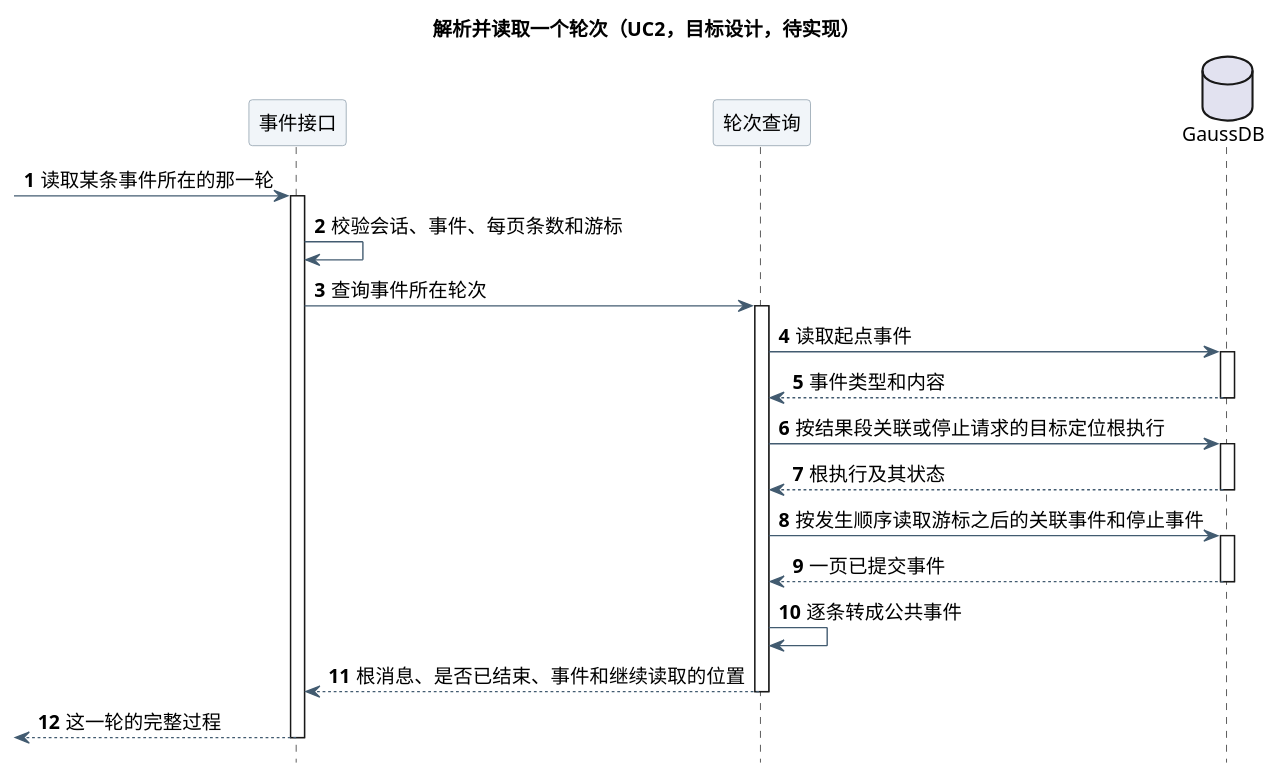
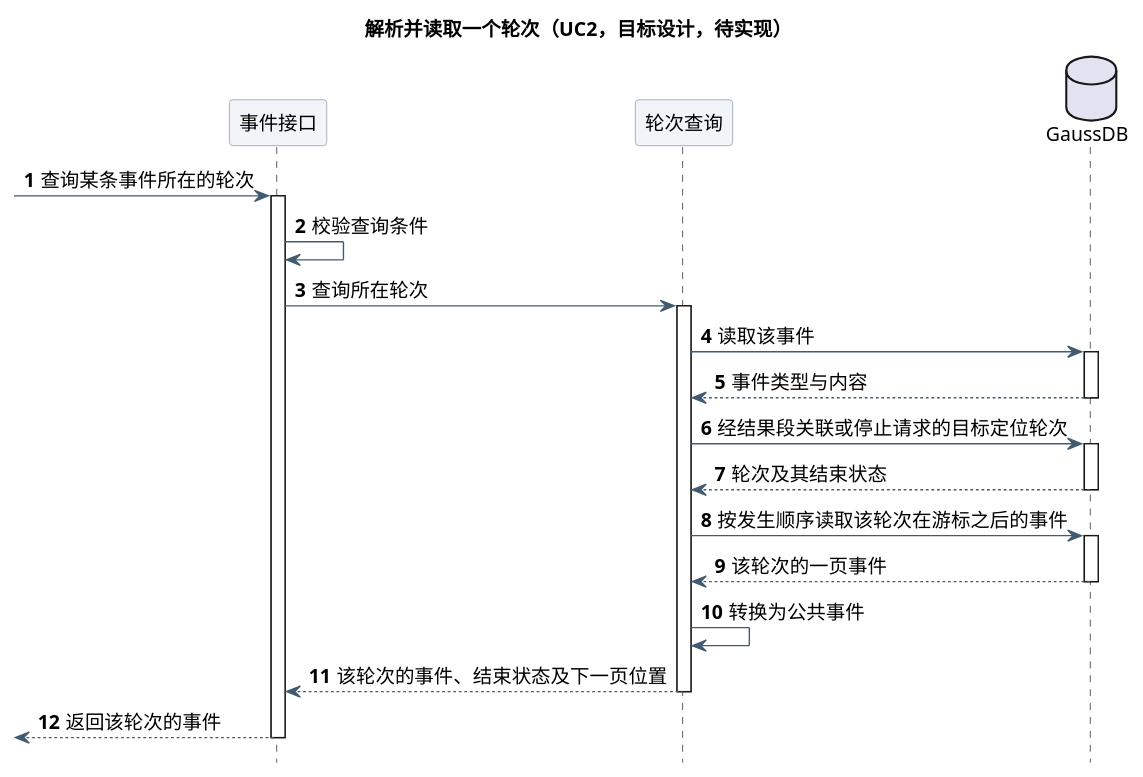
Before and after one commit to ssm0808/pi-mono-java-design: the second of 3 diagrams in 01-总体架构/01-CampusClaw多Agent运行时/设计图/Agent用户事件查询/diagram.puml, drawn with PlantUML. The commit also changed other lines of this file and 5 other files, not shown here.

First line of the commit message:
docs(runtime): 时序图去掉分段线并收紧措辞

```diff
--- a/01-总体架构/01-CampusClaw多Agent运行时/设计图/Agent用户事件查询/diagram.puml
+++ b/01-总体架构/01-CampusClaw多Agent运行时/设计图/Agent用户事件查询/diagram.puml
@@ -56,48 +54,48 @@
 @startuml event_turn_resolution
 ' 源码证据：pi-mono-java main 769e86592285f4a25b0febaf551eddea6bc7212c
 ' modules/coding-agent-cli/src/main/java/com/campusclaw/codingagent/runtimeapi/
 ' persistence/RuntimeExecutionPersistenceService.java:acceptMessage,acceptInterrupt,appendEntry
 ' persistence/MyBatisRuntimeExecutionControlRepository.java:linkCommittedEvent,appendToSegment,markTerminal
 ' event/RuntimeCompactionEventProjector.java:persistCompaction
 ' modules/coding-agent-cli/src/main/resources/mapper/session/RuntimeSessionMapper.xml:findCommittedEvent
 ' 已观察行为：user.message、续跑、Agent 输出和 idle 都关联到结果段；
 ' user.interrupt 只保存 targetEventId；执行内自动压缩尚未关联。
 ' 设计原因：复用根执行作为轮次身份，不新增轮次表。
 skinparam backgroundColor white
 skinparam defaultFontName SansSerif
 skinparam defaultFontSize 14
 skinparam shadowing false
 skinparam ArrowColor #425B70
 skinparam sequenceParticipantBackgroundColor #F1F5F9
 skinparam sequenceParticipantBorderColor #8496A4
 skinparam sequenceMessageAlign left
 skinparam maxMessageSize 190
 hide footbox
 autonumber
 title 解析并读取一个轮次（UC2，目标设计，待实现）
 participant "事件接口" as Web
 participant "轮次查询" as Svc
 database "GaussDB" as DB
-[-> Web : 读取某条事件所在的那一轮
+[-> Web : 查询某条事件所在的轮次
 activate Web
-Web -> Web : 校验会话、事件、每页条数和游标
-Web -> Svc : 查询事件所在轮次
+Web -> Web : 校验查询条件
+Web -> Svc : 查询所在轮次
 activate Svc
-Svc -> DB : 读取起点事件
+Svc -> DB : 读取该事件
 activate DB
-DB --> Svc : 事件类型和内容
+DB --> Svc : 事件类型与内容
 deactivate DB
-Svc -> DB : 按结果段关联或停止请求的目标定位根执行
+Svc -> DB : 经结果段关联或停止请求的目标定位轮次
 activate DB
-DB --> Svc : 根执行及其状态
+DB --> Svc : 轮次及其结束状态
 deactivate DB
-Svc -> DB : 按发生顺序读取游标之后的关联事件和停止事件
+Svc -> DB : 按发生顺序读取该轮次在游标之后的事件
 activate DB
-DB --> Svc : 一页已提交事件
+DB --> Svc : 该轮次的一页事件
 deactivate DB
-Svc -> Svc : 逐条转成公共事件
-Svc --> Web : 根消息、是否已结束、事件和继续读取的位置
+Svc -> Svc : 转换为公共事件
+Svc --> Web : 该轮次的事件、结束状态及下一页位置
 deactivate Svc
-[<-- Web : 这一轮的完整过程
+[<-- Web : 返回该轮次的事件
 deactivate Web
 @enduml
```
